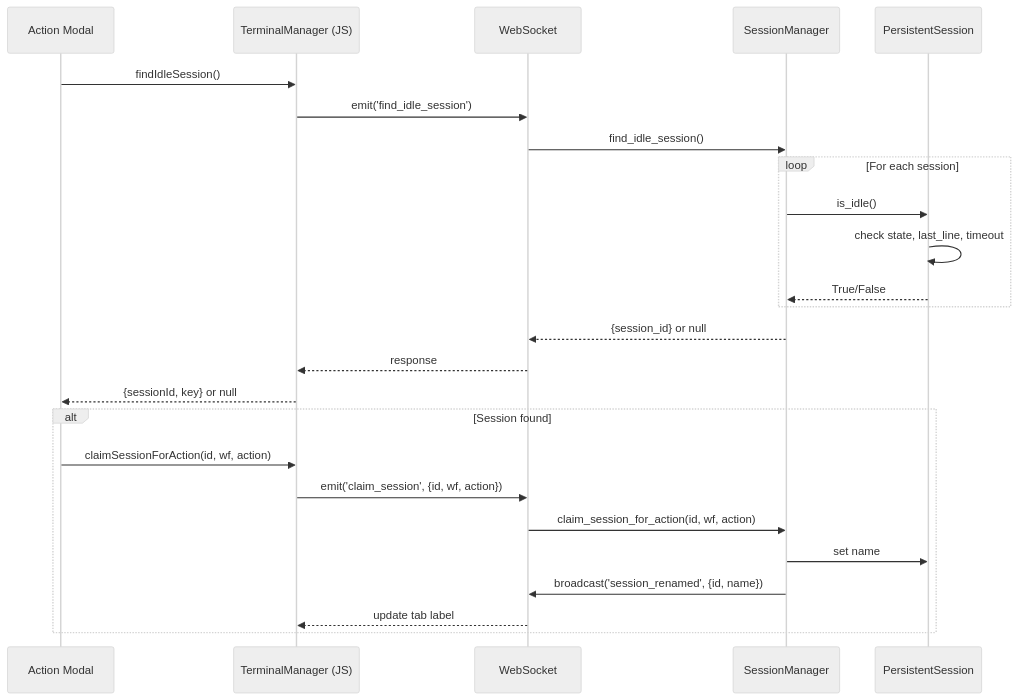
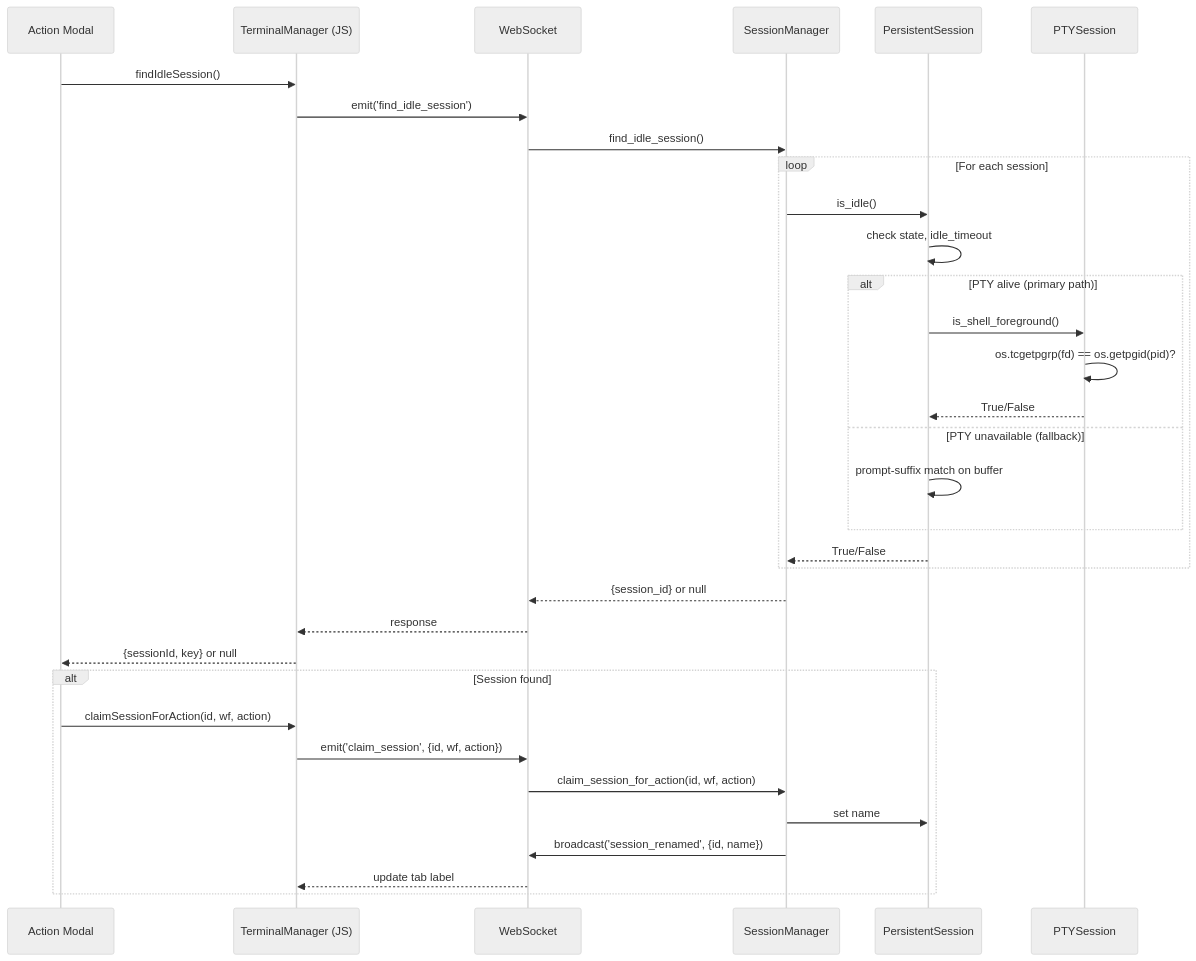
One commit to Young-Z/X-IPE changed the first of 2 diagrams in x-ipe-docs/requirements/EPIC-038/FEATURE-038-B/technical-design.md. Above: the diagram before and after it, drawn with Mermaid (neutral theme). The commit also changed other lines of this file and 4 other files, not shown here.

First line of the commit message:
fix(038-B): replace fragile prompt-suffix idle detection with OS-level tcgetpgrp()

````diff
--- a/x-ipe-docs/requirements/EPIC-038/FEATURE-038-B/technical-design.md
+++ b/x-ipe-docs/requirements/EPIC-038/FEATURE-038-B/technical-design.md
@@ -72,29 +75,37 @@
 ```mermaid
 sequenceDiagram
     participant UI as Action Modal
     participant TM as TerminalManager (JS)
     participant WS as WebSocket
     participant SM as SessionManager
     participant PS as PersistentSession
+    participant PTY as PTYSession
 
     UI->>TM: findIdleSession()
     TM->>WS: emit('find_idle_session')
     WS->>SM: find_idle_session()
     loop For each session
         SM->>PS: is_idle()
-        PS->>PS: check state, last_line, timeout
+        PS->>PS: check state, idle_timeout
+        alt PTY alive (primary path)
+            PS->>PTY: is_shell_foreground()
+            PTY->>PTY: os.tcgetpgrp(fd) == os.getpgid(pid)?
+            PTY-->>PS: True/False
+        else PTY unavailable (fallback)
+            PS->>PS: prompt-suffix match on buffer
+        end
         PS-->>SM: True/False
     end
     SM-->>WS: {session_id} or null
     WS-->>TM: response
     TM-->>UI: {sessionId, key} or null
 
     alt Session found
         UI->>TM: claimSessionForAction(id, wf, action)
         TM->>WS: emit('claim_session', {id, wf, action})
         WS->>SM: claim_session_for_action(id, wf, action)
         SM->>PS: set name
         SM->>WS: broadcast('session_renamed', {id, name})
         WS-->>TM: update tab label
     end
 ```
````
